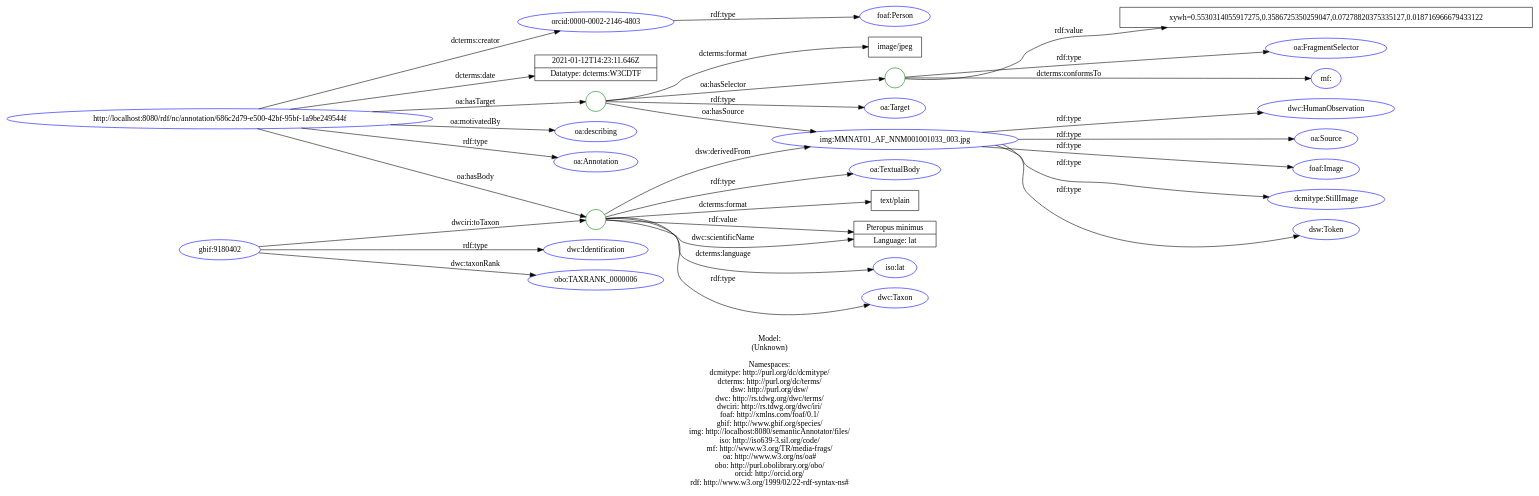
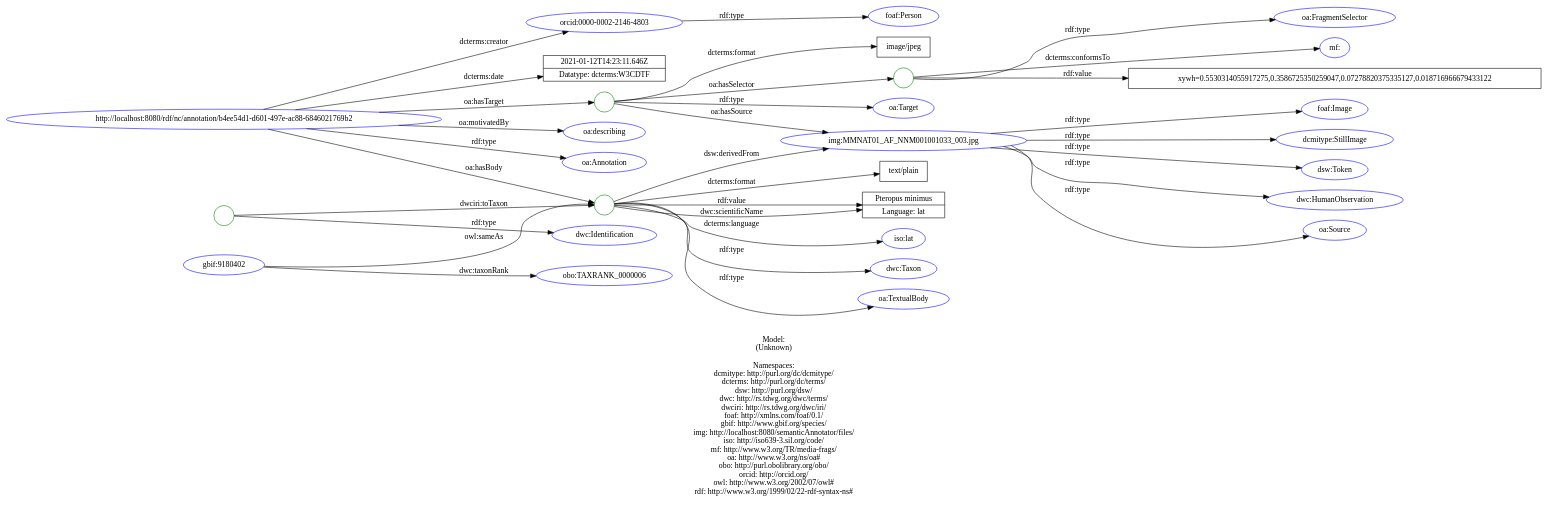
Before and after one commit to lisestork/SFB-Annotator: the diagram in doc/models/example_1_1.dot, drawn with Graphviz. The commit also changed 4 other files, not shown here.

Commit message:
Update data model: example 1_1 #81. - add owl:sameAs (property) and Bnode as dwc:Identification instance

```diff
--- a/doc/models/example_1_1.dot
+++ b/doc/models/example_1_1.dot
@@ -1,70 +1,72 @@
 digraph {
 	rankdir = LR;
 	charset="utf-8";
 
-	"Rhttp://localhost:8080/rdf/nc/annotation/686c2d79-e500-42bf-95bf-1a9be249544f" -> "Roa:Annotation" [ label="rdf:type" ];
-	"Rhttp://localhost:8080/rdf/nc/annotation/686c2d79-e500-42bf-95bf-1a9be249544f" -> "Rorcid:0000-0002-2146-4803" [ label="dcterms:creator" ];
-	"Rhttp://localhost:8080/rdf/nc/annotation/686c2d79-e500-42bf-95bf-1a9be249544f" -> "L2021-01-12T14:23:11.646Z|Datatype: dcterms:W3CDTF" [ label="dcterms:date" ];
-	"Rhttp://localhost:8080/rdf/nc/annotation/686c2d79-e500-42bf-95bf-1a9be249544f" -> "B_:node1euqlam8lx210" [ label="oa:hasBody" ];
-	"B_:node1euqlam8lx210" -> "Rdwc:Taxon" [ label="rdf:type" ];
-	"B_:node1euqlam8lx210" -> "Roa:TextualBody" [ label="rdf:type" ];
-	"B_:node1euqlam8lx210" -> "Ltext/plain" [ label="dcterms:format" ];
-	"B_:node1euqlam8lx210" -> "Riso:lat" [ label="dcterms:language" ];
-	"B_:node1euqlam8lx210" -> "Rimg:MMNAT01_AF_NNM001001033_003.jpg" [ label="dsw:derivedFrom" ];
-	"B_:node1euqlam8lx210" -> "LPteropus minimus|Language: lat" [ label="dwc:scientificName" ];
-	"B_:node1euqlam8lx210" -> "LPteropus minimus|Language: lat" [ label="rdf:value" ];
-	"Rhttp://localhost:8080/rdf/nc/annotation/686c2d79-e500-42bf-95bf-1a9be249544f" -> "B_:node1euqlam8lx209" [ label="oa:hasTarget" ];
-	"B_:node1euqlam8lx209" -> "Roa:Target" [ label="rdf:type" ];
-	"B_:node1euqlam8lx209" -> "Limage/jpeg" [ label="dcterms:format" ];
-	"B_:node1euqlam8lx209" -> "B_:node1euqlam8lx212" [ label="oa:hasSelector" ];
-	"B_:node1euqlam8lx212" -> "Roa:FragmentSelector" [ label="rdf:type" ];
-	"B_:node1euqlam8lx212" -> "Rmf:" [ label="dcterms:conformsTo" ];
-	"B_:node1euqlam8lx212" -> "Lxywh=0.5530314055917275,0.3586725350259047,0.07278820375335127,0.018716966679433122" [ label="rdf:value" ];
-	"B_:node1euqlam8lx209" -> "Rimg:MMNAT01_AF_NNM001001033_003.jpg" [ label="oa:hasSource" ];
-	"Rhttp://localhost:8080/rdf/nc/annotation/686c2d79-e500-42bf-95bf-1a9be249544f" -> "Roa:describing" [ label="oa:motivatedBy" ];
+	"Rhttp://localhost:8080/rdf/nc/annotation/b4ee54d1-d601-497e-ac88-6846021769b2" -> "Roa:Annotation" [ label="rdf:type" ];
+	"Rhttp://localhost:8080/rdf/nc/annotation/b4ee54d1-d601-497e-ac88-6846021769b2" -> "Rorcid:0000-0002-2146-4803" [ label="dcterms:creator" ];
+	"Rhttp://localhost:8080/rdf/nc/annotation/b4ee54d1-d601-497e-ac88-6846021769b2" -> "L2021-01-12T14:23:11.646Z|Datatype: dcterms:W3CDTF" [ label="dcterms:date" ];
+	"Rhttp://localhost:8080/rdf/nc/annotation/b4ee54d1-d601-497e-ac88-6846021769b2" -> "B_:node1evfpueffx3" [ label="oa:hasBody" ];
+	"B_:node1evfpueffx3" -> "Rdwc:Taxon" [ label="rdf:type" ];
+	"B_:node1evfpueffx3" -> "Roa:TextualBody" [ label="rdf:type" ];
+	"B_:node1evfpueffx3" -> "Ltext/plain" [ label="dcterms:format" ];
+	"B_:node1evfpueffx3" -> "Riso:lat" [ label="dcterms:language" ];
+	"B_:node1evfpueffx3" -> "Rimg:MMNAT01_AF_NNM001001033_003.jpg" [ label="dsw:derivedFrom" ];
+	"B_:node1evfpueffx3" -> "LPteropus minimus|Language: lat" [ label="dwc:scientificName" ];
+	"B_:node1evfpueffx3" -> "LPteropus minimus|Language: lat" [ label="rdf:value" ];
+	"Rhttp://localhost:8080/rdf/nc/annotation/b4ee54d1-d601-497e-ac88-6846021769b2" -> "B_:node1evfpueffx2" [ label="oa:hasTarget" ];
+	"B_:node1evfpueffx2" -> "Roa:Target" [ label="rdf:type" ];
+	"B_:node1evfpueffx2" -> "Limage/jpeg" [ label="dcterms:format" ];
+	"B_:node1evfpueffx2" -> "B_:node1evfpueffx5" [ label="oa:hasSelector" ];
+	"B_:node1evfpueffx5" -> "Roa:FragmentSelector" [ label="rdf:type" ];
+	"B_:node1evfpueffx5" -> "Rmf:" [ label="dcterms:conformsTo" ];
+	"B_:node1evfpueffx5" -> "Lxywh=0.5530314055917275,0.3586725350259047,0.07278820375335127,0.018716966679433122" [ label="rdf:value" ];
+	"B_:node1evfpueffx2" -> "Rimg:MMNAT01_AF_NNM001001033_003.jpg" [ label="oa:hasSource" ];
+	"Rhttp://localhost:8080/rdf/nc/annotation/b4ee54d1-d601-497e-ac88-6846021769b2" -> "Roa:describing" [ label="oa:motivatedBy" ];
 	"Rorcid:0000-0002-2146-4803" -> "Rfoaf:Person" [ label="rdf:type" ];
 	"Rimg:MMNAT01_AF_NNM001001033_003.jpg" -> "Rdcmitype:StillImage" [ label="rdf:type" ];
 	"Rimg:MMNAT01_AF_NNM001001033_003.jpg" -> "Rdsw:Token" [ label="rdf:type" ];
 	"Rimg:MMNAT01_AF_NNM001001033_003.jpg" -> "Rdwc:HumanObservation" [ label="rdf:type" ];
 	"Rimg:MMNAT01_AF_NNM001001033_003.jpg" -> "Roa:Source" [ label="rdf:type" ];
 	"Rimg:MMNAT01_AF_NNM001001033_003.jpg" -> "Rfoaf:Image" [ label="rdf:type" ];
-	"Rgbif:9180402" -> "Rdwc:Identification" [ label="rdf:type" ];
-	"Rgbif:9180402" -> "B_:node1euqlam8lx210" [ label="dwciri:toTaxon" ];
 	"Rgbif:9180402" -> "Robo:TAXRANK_0000006" [ label="dwc:taxonRank" ];
+	"Rgbif:9180402" -> "B_:node1evfpueffx3" [ label="owl:sameAs" ];
+	"B_:node1evfpueffx1" -> "Rdwc:Identification" [ label="rdf:type" ];
+	"B_:node1evfpueffx1" -> "B_:node1evfpueffx3" [ label="dwciri:toTaxon" ];
 
 	// Resources
-	"Rhttp://localhost:8080/rdf/nc/annotation/686c2d79-e500-42bf-95bf-1a9be249544f" [ label="http://localhost:8080/rdf/nc/annotation/686c2d79-e500-42bf-95bf-1a9be249544f", shape = ellipse, color = blue ];
+	"Rhttp://localhost:8080/rdf/nc/annotation/b4ee54d1-d601-497e-ac88-6846021769b2" [ label="http://localhost:8080/rdf/nc/annotation/b4ee54d1-d601-497e-ac88-6846021769b2", shape = ellipse, color = blue ];
 	"Roa:Annotation" [ label="oa:Annotation", shape = ellipse, color = blue ];
 	"Rorcid:0000-0002-2146-4803" [ label="orcid:0000-0002-2146-4803", shape = ellipse, color = blue ];
 	"Rdwc:Taxon" [ label="dwc:Taxon", shape = ellipse, color = blue ];
 	"Roa:TextualBody" [ label="oa:TextualBody", shape = ellipse, color = blue ];
 	"Riso:lat" [ label="iso:lat", shape = ellipse, color = blue ];
 	"Rimg:MMNAT01_AF_NNM001001033_003.jpg" [ label="img:MMNAT01_AF_NNM001001033_003.jpg", shape = ellipse, color = blue ];
 	"Roa:Target" [ label="oa:Target", shape = ellipse, color = blue ];
 	"Roa:FragmentSelector" [ label="oa:FragmentSelector", shape = ellipse, color = blue ];
 	"Rmf:" [ label="mf:", shape = ellipse, color = blue ];
 	"Roa:describing" [ label="oa:describing", shape = ellipse, color = blue ];
 	"Rfoaf:Person" [ label="foaf:Person", shape = ellipse, color = blue ];
 	"Rdcmitype:StillImage" [ label="dcmitype:StillImage", shape = ellipse, color = blue ];
 	"Rdsw:Token" [ label="dsw:Token", shape = ellipse, color = blue ];
 	"Rdwc:HumanObservation" [ label="dwc:HumanObservation", shape = ellipse, color = blue ];
 	"Roa:Source" [ label="oa:Source", shape = ellipse, color = blue ];
 	"Rfoaf:Image" [ label="foaf:Image", shape = ellipse, color = blue ];
 	"Rgbif:9180402" [ label="gbif:9180402", shape = ellipse, color = blue ];
+	"Robo:TAXRANK_0000006" [ label="obo:TAXRANK_0000006", shape = ellipse, color = blue ];
 	"Rdwc:Identification" [ label="dwc:Identification", shape = ellipse, color = blue ];
-	"Robo:TAXRANK_0000006" [ label="obo:TAXRANK_0000006", shape = ellipse, color = blue ];
 
 	// Anonymous nodes
-	"B_:node1euqlam8lx210" [ label="", shape = circle, color = green ];
-	"B_:node1euqlam8lx209" [ label="", shape = circle, color = green ];
-	"B_:node1euqlam8lx212" [ label="", shape = circle, color = green ];
+	"B_:node1evfpueffx3" [ label="", shape = circle, color = green ];
+	"B_:node1evfpueffx2" [ label="", shape = circle, color = green ];
+	"B_:node1evfpueffx5" [ label="", shape = circle, color = green ];
+	"B_:node1evfpueffx1" [ label="", shape = circle, color = green ];
 
 	// Literals
 	"L2021-01-12T14:23:11.646Z|Datatype: dcterms:W3CDTF" [ label="2021-01-12T14:23:11.646Z|Datatype: dcterms:W3CDTF", shape = record ];
 	"Ltext/plain" [ label="text/plain", shape = record ];
 	"LPteropus minimus|Language: lat" [ label="Pteropus minimus|Language: lat", shape = record ];
 	"Limage/jpeg" [ label="image/jpeg", shape = record ];
 	"Lxywh=0.5530314055917275,0.3586725350259047,0.07278820375335127,0.018716966679433122" [ label="xywh=0.5530314055917275,0.3586725350259047,0.07278820375335127,0.018716966679433122", shape = record ];
 
-	label="\n\nModel:\n(Unknown)\n\nNamespaces:\ndcmitype: http://purl.org/dc/dcmitype/\ndcterms: http://purl.org/dc/terms/\ndsw: http://purl.org/dsw/\ndwc: http://rs.tdwg.org/dwc/terms/\ndwciri: http://rs.tdwg.org/dwc/iri/\nfoaf: http://xmlns.com/foaf/0.1/\ngbif: http://www.gbif.org/species/\nimg: http://localhost:8080/semanticAnnotator/files/\niso: http://iso639-3.sil.org/code/\nmf: http://www.w3.org/TR/media-frags/\noa: http://www.w3.org/ns/oa#\nobo: http://purl.obolibrary.org/obo/\norcid: http://orcid.org/\nrdf: http://www.w3.org/1999/02/22-rdf-syntax-ns#\n";
+	label="\n\nModel:\n(Unknown)\n\nNamespaces:\ndcmitype: http://purl.org/dc/dcmitype/\ndcterms: http://purl.org/dc/terms/\ndsw: http://purl.org/dsw/\ndwc: http://rs.tdwg.org/dwc/terms/\ndwciri: http://rs.tdwg.org/dwc/iri/\nfoaf: http://xmlns.com/foaf/0.1/\ngbif: http://www.gbif.org/species/\nimg: http://localhost:8080/semanticAnnotator/files/\niso: http://iso639-3.sil.org/code/\nmf: http://www.w3.org/TR/media-frags/\noa: http://www.w3.org/ns/oa#\nobo: http://purl.obolibrary.org/obo/\norcid: http://orcid.org/\nowl: http://www.w3.org/2002/07/owl#\nrdf: http://www.w3.org/1999/02/22-rdf-syntax-ns#\n";
 }
```
